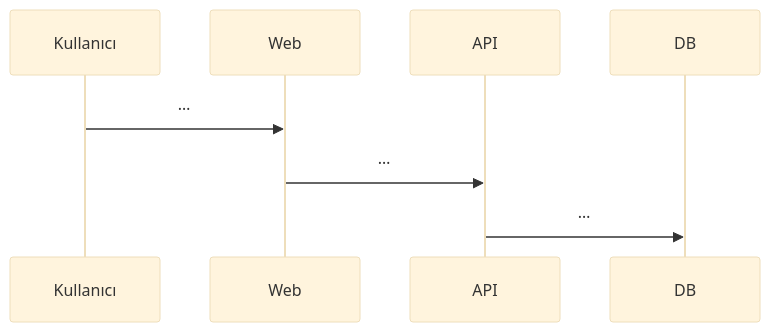
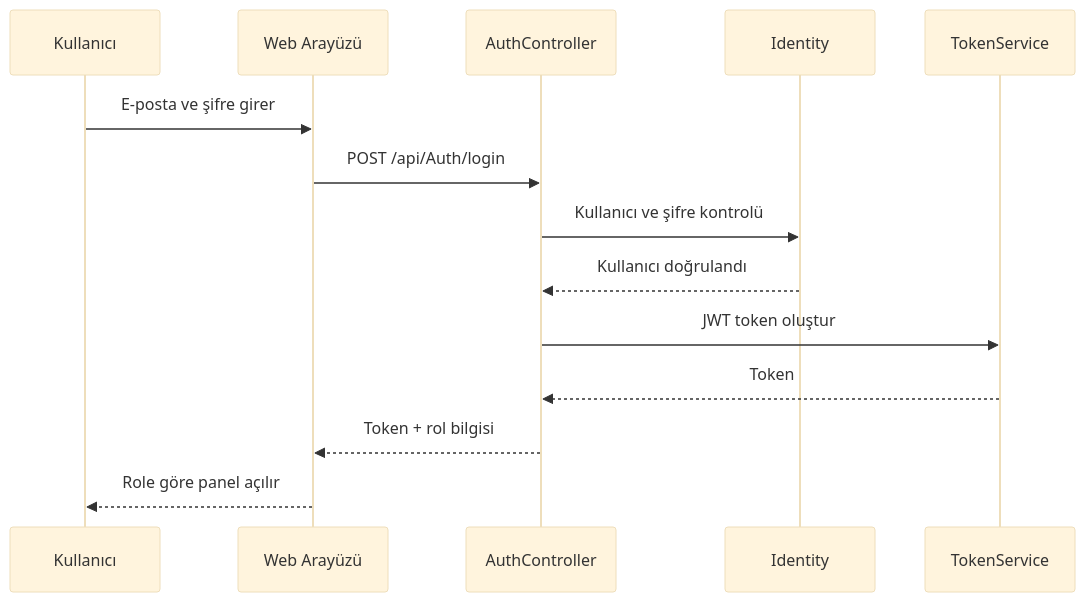
The third of 9 diagrams in PROJE-RAPORU.md (semanuryldrm/HumanResourcesApi), drawn with Mermaid (base theme) before and after one commit. The commit also changed other lines of this file, not shown here.

````diff
--- a/PROJE-RAPORU.md
+++ b/PROJE-RAPORU.md
@@ -474,11 +673,17 @@
 ```mermaid
 sequenceDiagram
     participant U as Kullanıcı
-    participant W as Web
-    participant A as API
-    participant D as DB
+    participant W as Web Arayüzü
+    participant A as AuthController
+    participant I as Identity
+    participant T as TokenService
 
-    U->>W: …
-    W->>A: …
-    A->>D: …
+    U->>W: E-posta ve şifre girer
+    W->>A: POST /api/Auth/login
+    A->>I: Kullanıcı ve şifre kontrolü
+    I-->>A: Kullanıcı doğrulandı
+    A->>T: JWT token oluştur
+    T-->>A: Token
+    A-->>W: Token + rol bilgisi
+    W-->>U: Role göre panel açılır
 ```
````
